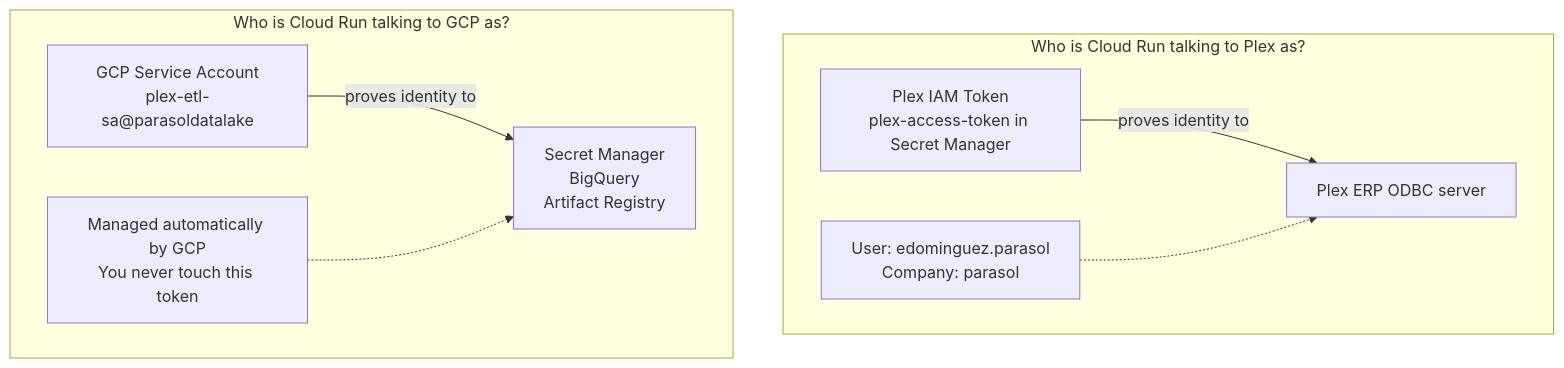
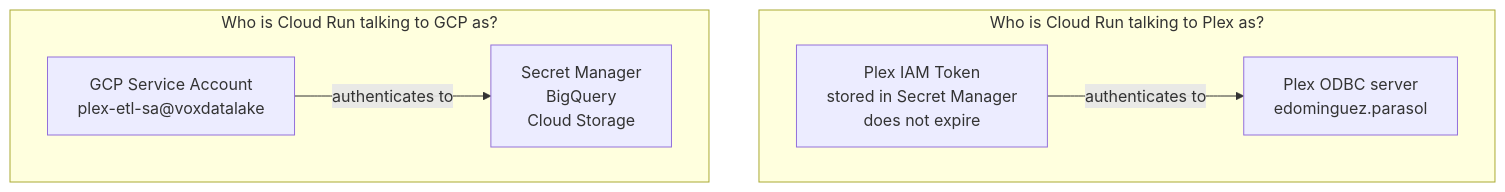
The fourth of 5 diagrams in docs/FRONTEND_GUIDE.md (Parasol-Group-Inc/plex-to-big-query), drawn with Mermaid before and after one commit. The commit also changed other lines of this file and 9 other files, not shown here.

````diff
--- a/docs/FRONTEND_GUIDE.md
+++ b/docs/FRONTEND_GUIDE.md
@@ -196,12 +224,10 @@
 ```mermaid
 graph TD
     subgraph "Who is Cloud Run talking to Plex as?"
-        TOKEN[Plex IAM Token<br/>plex-access-token in Secret Manager] -->|proves identity to| PLEX_AUTH[Plex ERP ODBC server]
-        NOTE1["User: edominguez.parasol<br/>Company: parasol"] -.-> PLEX_AUTH
+        TOKEN["Plex IAM Token<br/>stored in Secret Manager<br/>does not expire"] -->|authenticates to| PLEX_AUTH["Plex ODBC server<br/>edominguez.parasol"]
     end
 
     subgraph "Who is Cloud Run talking to GCP as?"
-        SA2[GCP Service Account<br/>plex-etl-sa@parasoldatalake] -->|proves identity to| GCP_SERVICES[Secret Manager<br/>BigQuery<br/>Artifact Registry]
-        NOTE2["Managed automatically by GCP<br/>You never touch this token"] -.-> GCP_SERVICES
+        SA["GCP Service Account<br/>plex-etl-sa@voxdatalake"] -->|authenticates to| GCP["Secret Manager<br/>BigQuery<br/>Cloud Storage"]
     end
 ```
````
